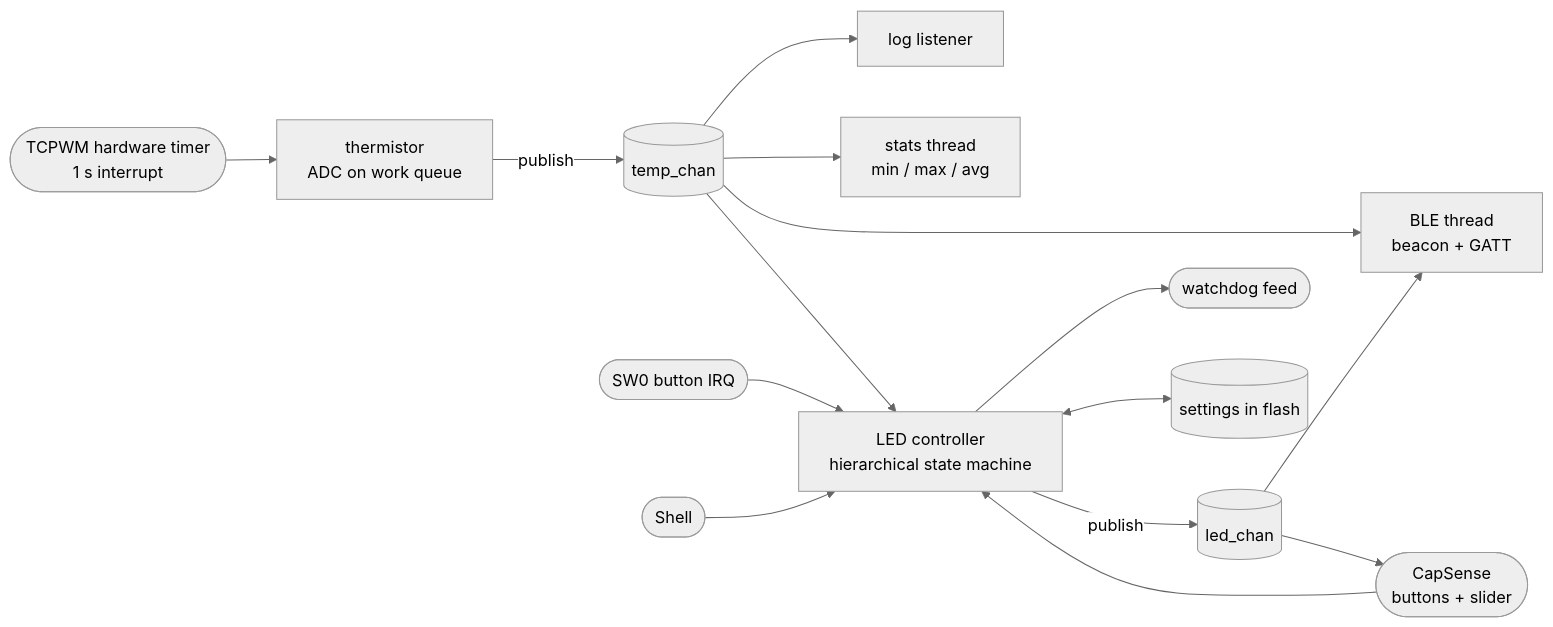
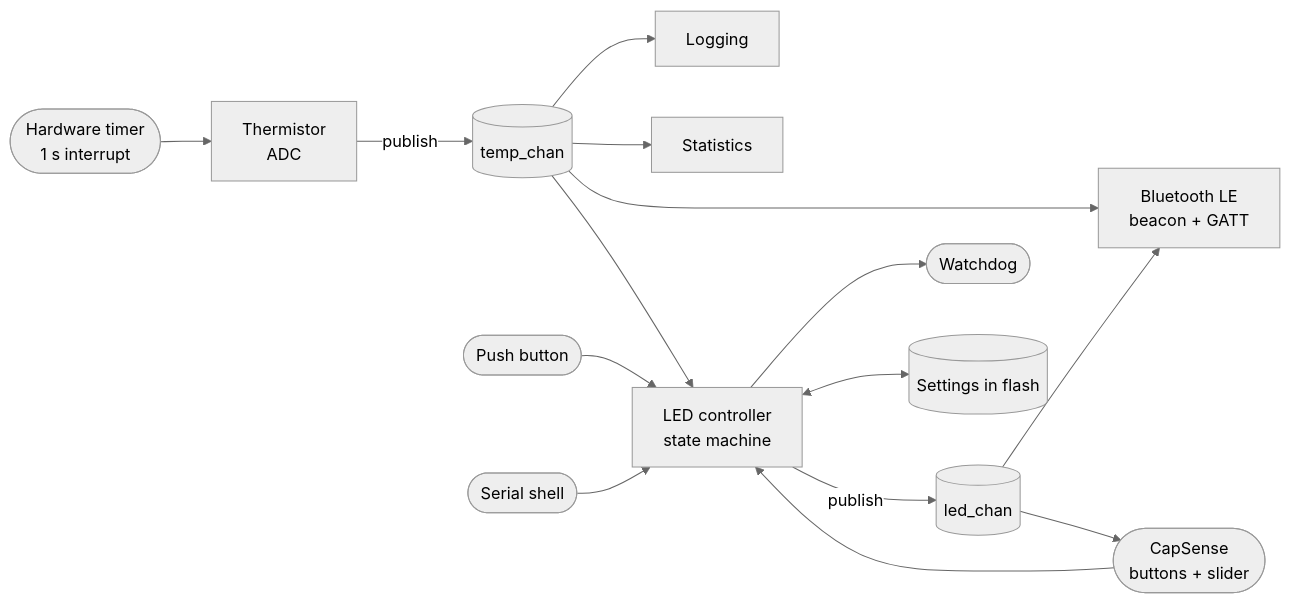
Before and after one commit to alaurin10/PSOC6-ZephyrOS-Exploration: the diagram in README.md, drawn with Mermaid (neutral theme). The commit also changed other lines of this file and 1 other file, not shown here.

````diff
--- a/README.md
+++ b/README.md
@@ -74,20 +40,20 @@
 ```mermaid
 flowchart LR
-    TMR([TCPWM hardware timer<br/>1 s interrupt]) --> TH[thermistor<br/>ADC on work queue]
+    TMR([Hardware timer<br/>1 s interrupt]) --> TH[Thermistor<br/>ADC]
     TH -- publish --> TC[(temp_chan)]
 
-    TC --> LOG[log listener]
-    TC --> STATS[stats thread<br/>min / max / avg]
+    TC --> LOG[Logging]
+    TC --> STATS[Statistics]
     TC --> LED
     TC --> BLE
 
     CS([CapSense<br/>buttons + slider]) --> LED
-    SW0([SW0 button IRQ]) --> LED
-    SH([Shell]) --> LED
+    SW0([Push button]) --> LED
+    SH([Serial shell]) --> LED
 
-    LED[LED controller<br/>hierarchical state machine] -- publish --> LC[(led_chan)]
-    LED --> WDT([watchdog feed])
-    LED <--> SET[(settings in flash)]
-    LC --> BLE[BLE thread<br/>beacon + GATT]
+    LED[LED controller<br/>state machine] -- publish --> LC[(led_chan)]
+    LED --> WDT([Watchdog])
+    LED <--> SET[(Settings in flash)]
+    LC --> BLE[Bluetooth LE<br/>beacon + GATT]
     LC --> CS
 ```
````
